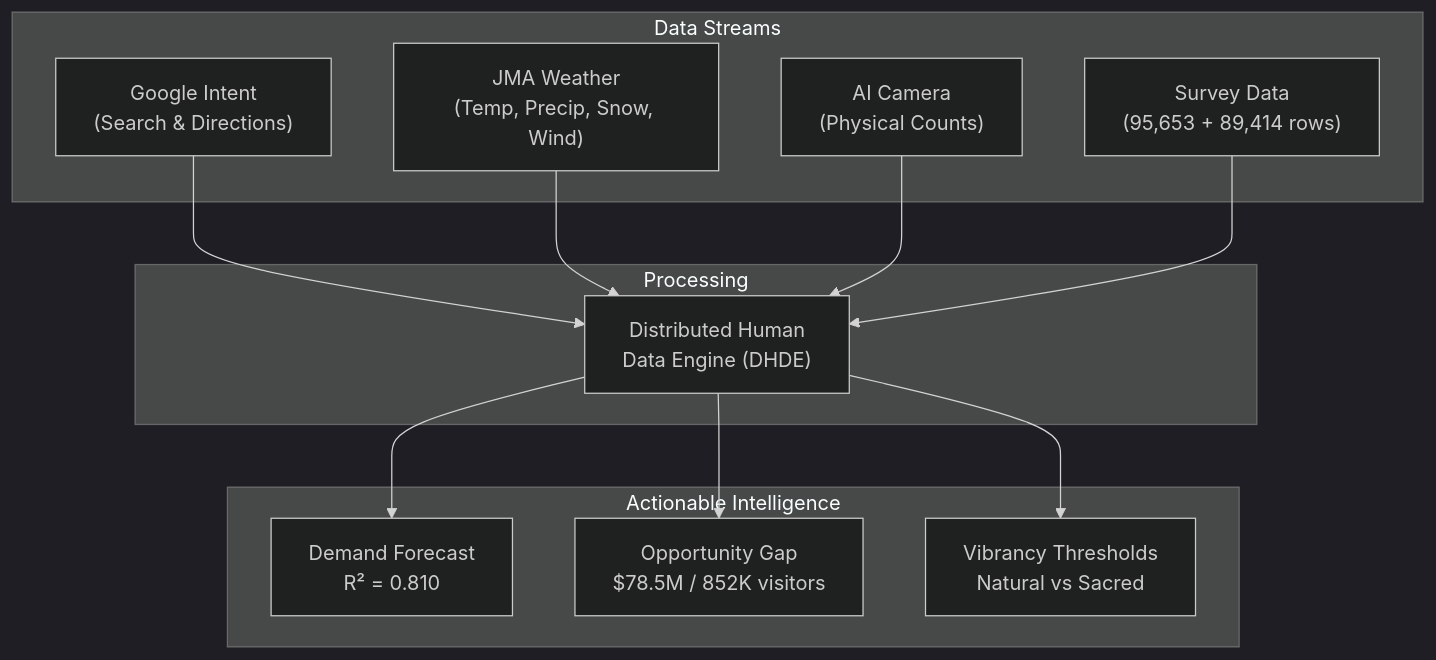
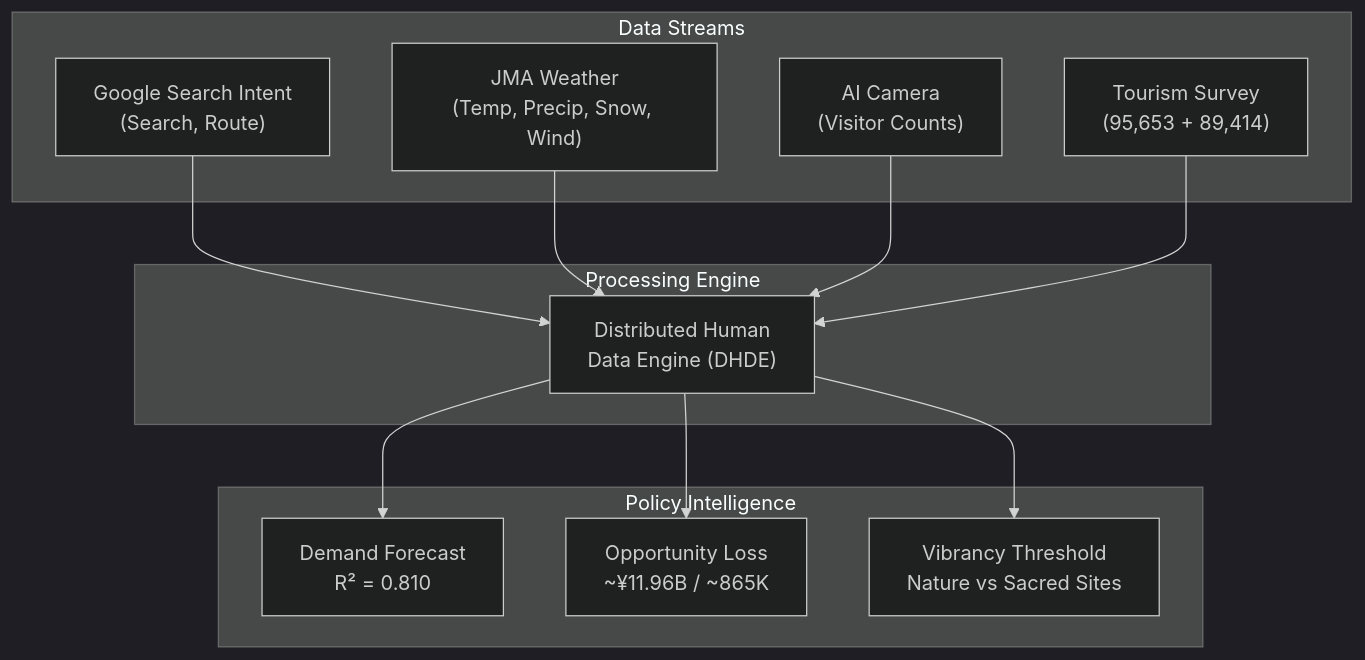
One commit to dinabelay-hub/hokuriku-tourism-ai-governance changed the first of 2 diagrams in output/EXECUTIVE_REPORT.md. Above: the diagram before and after it, drawn with Mermaid (dark theme). The commit also changed other lines of this file and 16 other files, not shown here.

````diff
--- a/output/EXECUTIVE_REPORT.md
+++ b/output/EXECUTIVE_REPORT.md
@@ -18,24 +18,24 @@
 ```mermaid
 graph TD
     subgraph Inputs["Data Streams"]
-        G["Google Intent<br/>(Search & Directions)"]
+        G["Google Search Intent<br/>(Search, Route)"]
         W["JMA Weather<br/>(Temp, Precip, Snow, Wind)"]
-        C["AI Camera<br/>(Physical Counts)"]
-        S["Survey Data<br/>(95,653 + 89,414 rows)"]
+        C["AI Camera<br/>(Visitor Counts)"]
+        S["Tourism Survey<br/>(95,653 + 89,414)"]
     end
-    subgraph Engine["Processing"]
+    subgraph Engine["Processing Engine"]
         M["Distributed Human<br/>Data Engine (DHDE)"]
     end
-    subgraph Outputs["Actionable Intelligence"]
+    subgraph Outputs["Policy Intelligence"]
         F["Demand Forecast<br/>R² = 0.810"]
-        O["Opportunity Gap<br/>$78.5M / 852K visitors"]
-        V["Vibrancy Thresholds<br/>Natural vs Sacred"]
+        O["Opportunity Loss<br/>~¥11.96B / ~865K"]
+        V["Vibrancy Threshold<br/>Nature vs Sacred Sites"]
     end
     G --> M
     W --> M
     C --> M
     S --> M
     M --> F
     M --> O
     M --> V
 ```
````
